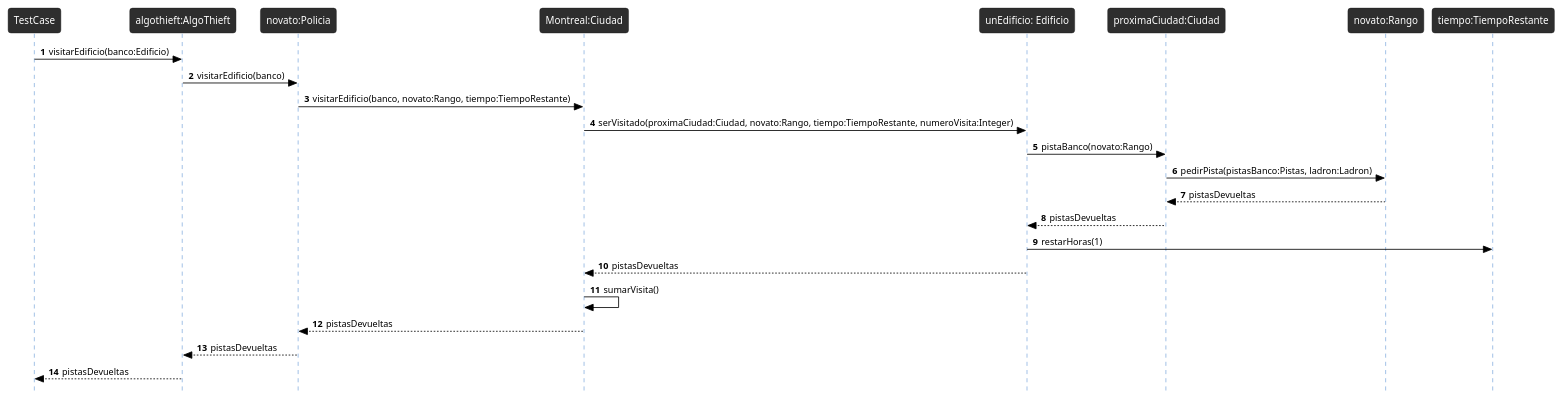
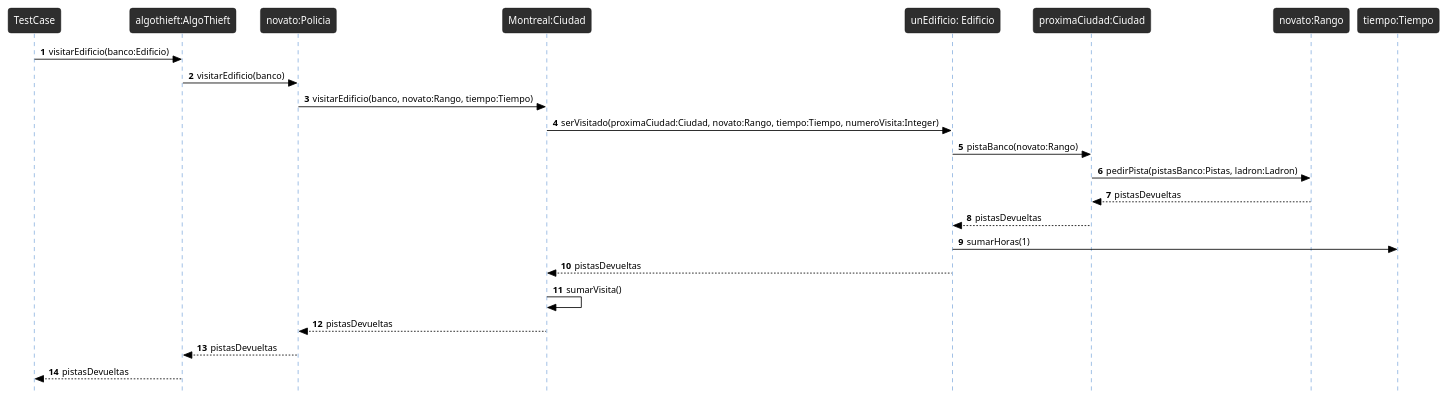
Before and after one commit to avilagaston9/algo3_tp2: the diagram in docs/Diagramas/Secuencia/caso1-1-1.plantuml, drawn with PlantUML. The commit also changed 7 other files, not shown here.

```diff
--- a/docs/Diagramas/Secuencia/caso1-1-1.plantuml
+++ b/docs/Diagramas/Secuencia/caso1-1-1.plantuml
@@ -1,39 +1,39 @@
 @startuml
 
 !theme reddress-darkblue
 autonumber
 skinparam style strictuml
 skinparam BackGroundColor white
 skinparam RoundCorner 7
 skinparam SequenceGroupFontColor black
 skinparam SequenceGroupBorderColor black
 skinparam SequenceGroupBorderThickness 0.5
 skinparam ArrowFontColor black
 skinparam ArrowColor black
 skinparam ActorFontColor black
 skinparam participantFontSize 12
 skinparam SequenceLifeLineBackGroundColor 2e2e2e
 
 TestCase -> "algothieft:AlgoThieft" as algothieft: visitarEdificio(banco:Edificio)
 algothieft -> "novato:Policia" as unPolicia: visitarEdificio(banco)
 
-unPolicia -> "Montreal:Ciudad" as montreal : visitarEdificio(banco, novato:Rango, tiempo:TiempoRestante)
+unPolicia -> "Montreal:Ciudad" as montreal : visitarEdificio(banco, novato:Rango, tiempo:Tiempo)
 
-montreal ->"unEdificio: Edificio" as edificio: serVisitado(proximaCiudad:Ciudad, novato:Rango, tiempo:TiempoRestante, numeroVisita:Integer)
+montreal ->"unEdificio: Edificio" as edificio: serVisitado(proximaCiudad:Ciudad, novato:Rango, tiempo:Tiempo, numeroVisita:Integer)
 edificio -> "proximaCiudad:Ciudad" as proximaCiudad : pistaBanco(novato:Rango)
 proximaCiudad -> "novato:Rango" as rango : pedirPista(pistasBanco:Pistas, ladron:Ladron)
 
 rango --> proximaCiudad: pistasDevueltas
 proximaCiudad -->edificio : pistasDevueltas
 
 
-edificio -> "tiempo:TiempoRestante" as tiempo: restarHoras(1)
+edificio -> "tiempo:Tiempo" as tiempo: sumarHoras(1)
 
 montreal <-- edificio: pistasDevueltas
 montreal -> montreal : sumarVisita()
 unPolicia <-- montreal: pistasDevueltas
 unPolicia --> algothieft: pistasDevueltas
 
 TestCase <-- algothieft: pistasDevueltas
 
 @enduml
```
